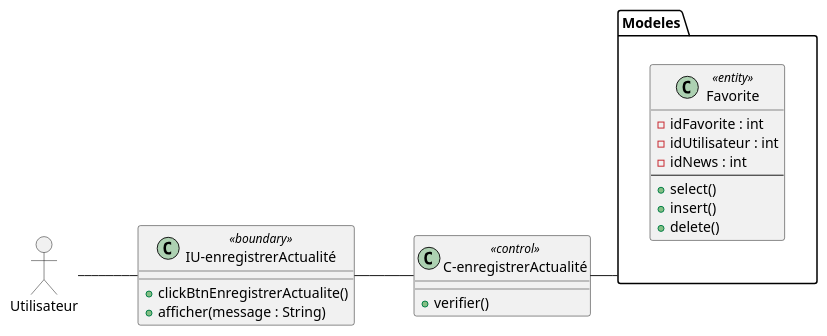
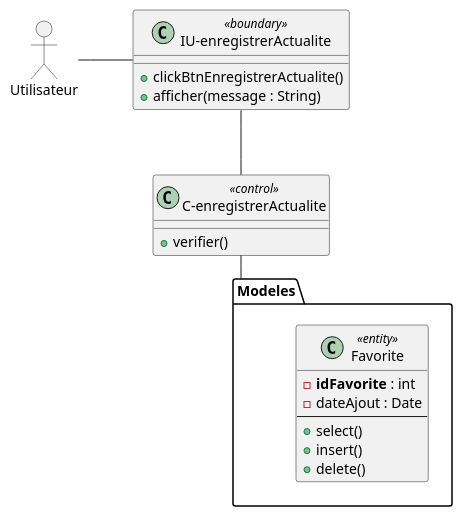
The diagram in Desktop/rapport/classe/enregisteractualite.puml (benslimenmohamedaziz3-bot/diagrammes), drawn with PlantUML before and after one commit. The commit also changed 19 other files, not shown here.

```diff
--- a/Desktop/rapport/classe/enregisteractualite.puml
+++ b/Desktop/rapport/classe/enregisteractualite.puml
@@ -1,33 +1,35 @@
 @startuml
 allowmixing
-left to right direction
+top to bottom direction
+skinparam shadowing false
+skinparam linetype ortho
+skinparam nodesep 55
+skinparam ranksep 65
 
 actor "Utilisateur" as Utilisateur
 
-class "IU-enregistrerActualité" as IU <<boundary>> {
+class "IU-enregistrerActualite" as IU <<boundary>> {
   + clickBtnEnregistrerActualite()
   + afficher(message : String)
 }
 
-class "C-enregistrerActualité" as Controleur <<control>> {
+class "C-enregistrerActualite" as Controleur <<control>> {
   + verifier()
 }
 
 package "Modeles" as Modeles {
-  together {
-    class "Favorite" as Favorite <<entity>> {
-      - idFavorite : int
-      - idUtilisateur : int
-      - idNews : int
-      --
-      + select()
-      + insert()
-      + delete()
-    }
+  class "Favorite" as Favorite <<entity>> {
+    - <b>idFavorite</b> : int
+    - dateAjout : Date
+    --
+    + select()
+    + insert()
+    + delete()
   }
 }
-Utilisateur -- IU
-IU -- Controleur
-Controleur -- Modeles
+
+Utilisateur -right- IU
+IU -down- Controleur
+Controleur -down- Modeles
 
 @enduml
```
